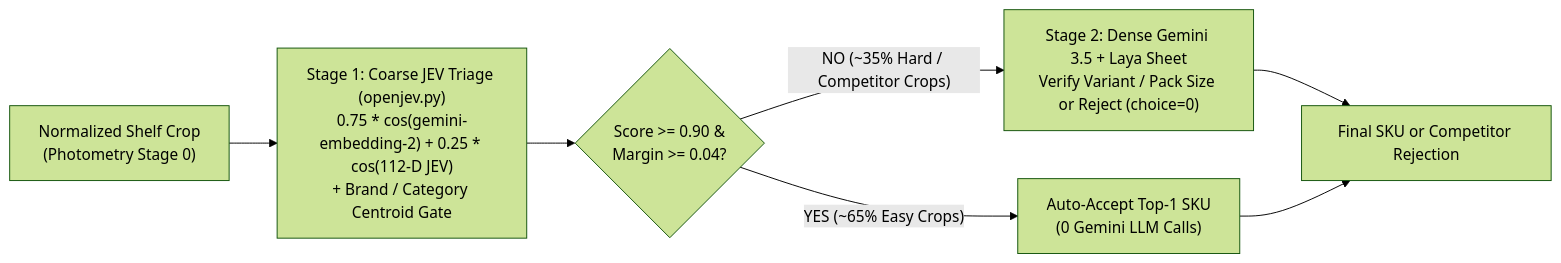
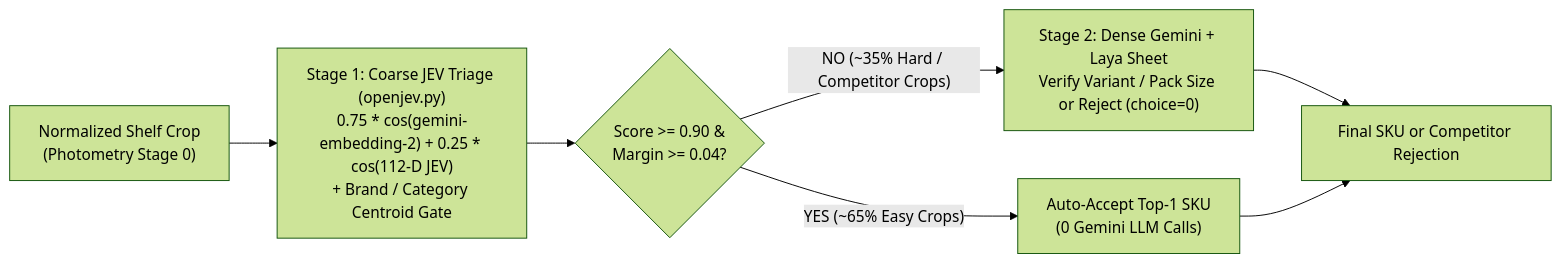
One commit to jigyasujuneja/unilever-shelf-understanding-e2e changed the fifth of 5 diagrams in docs/reference.md. Above: the diagram before and after it, drawn with Mermaid (forest theme). The commit also changed other lines of this file and 7 other files, not shown here.

````diff
--- a/docs/reference.md
+++ b/docs/reference.md
@@ -238,9 +238,9 @@
 ```mermaid
 flowchart LR
   CROP["Normalized Shelf Crop<br/>(Photometry Stage 0)"] --> JEV["Stage 1: Coarse JEV Triage (openjev.py)<br/>0.75 * cos(gemini-embedding-2) + 0.25 * cos(112-D JEV)<br/>+ Brand / Category Centroid Gate"]
   JEV --> GATE{"Score >= 0.90 &<br/>Margin >= 0.04?"}
   GATE -- "YES (~65% Easy Crops)" --> FAST["Auto-Accept Top-1 SKU<br/>(0 Gemini LLM Calls)"]
-  GATE -- "NO (~35% Hard / Competitor Crops)" --> DENSE["Stage 2: Dense Gemini 3.5 + Laya Sheet<br/>Verify Variant / Pack Size or Reject (choice=0)"]
+  GATE -- "NO (~35% Hard / Competitor Crops)" --> DENSE["Stage 2: Dense Gemini + Laya Sheet<br/>Verify Variant / Pack Size or Reject (choice=0)"]
   DENSE --> OUT["Final SKU or Competitor Rejection"]
   FAST --> OUT
 ```
````
